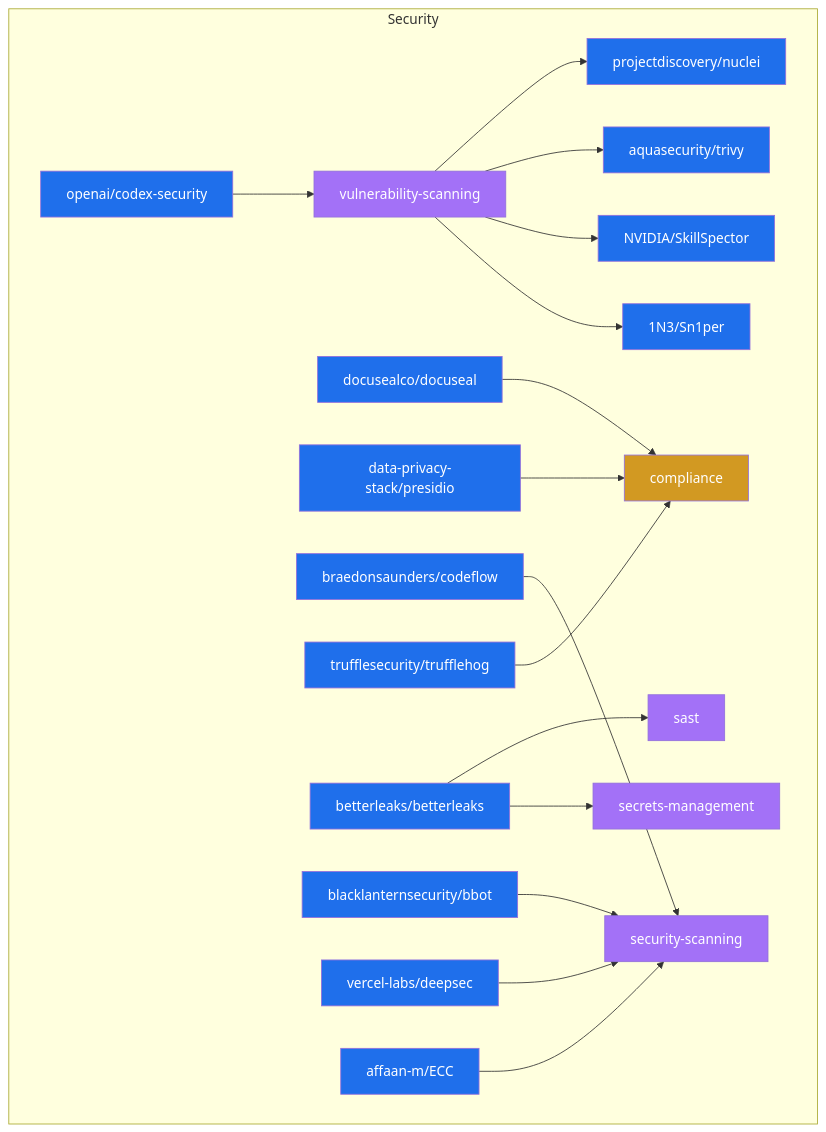
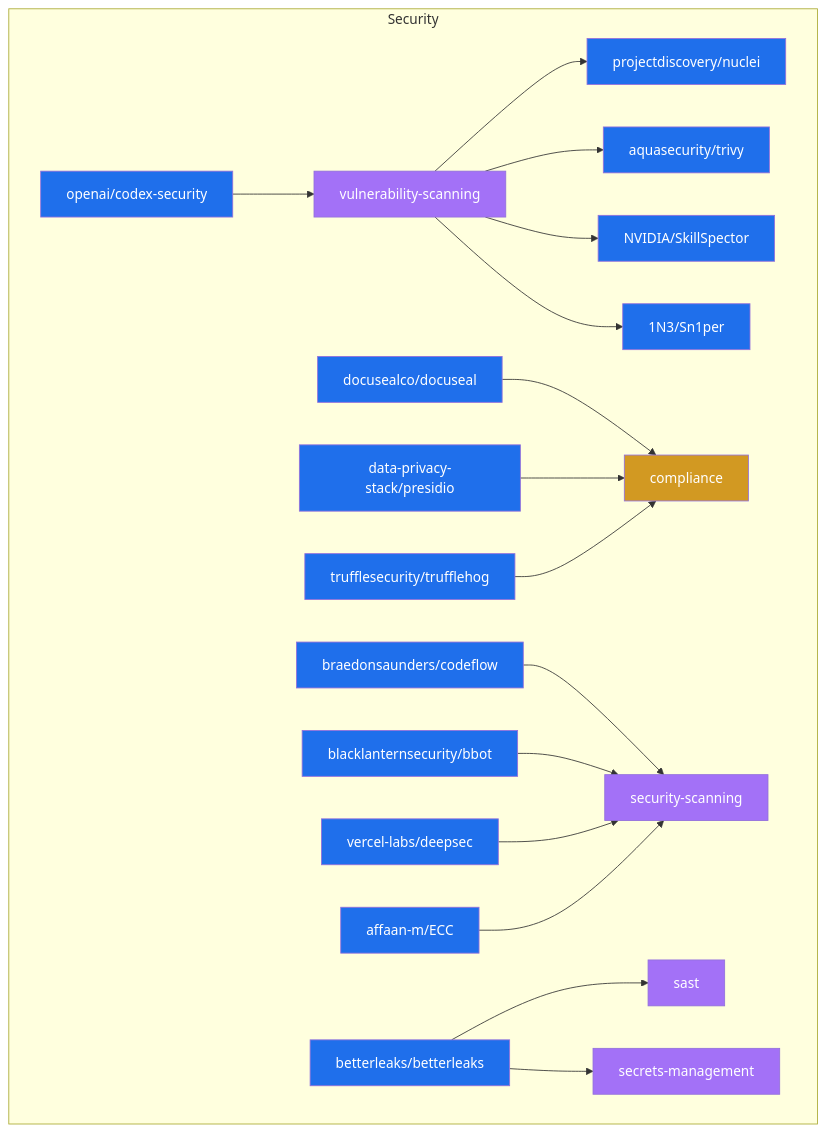
The diagram in data/star_graph_security.mermaid (Meru143/star-graph), drawn with Mermaid before and after one commit. The commit also changed other lines of this file and 15 other files, not shown here.

Commit message:
chore: weekly star graph update 2026-09-28

```diff
--- a/data/star_graph_security.mermaid
+++ b/data/star_graph_security.mermaid
@@ -1,40 +1,40 @@
 graph TD
   subgraph security ["Security"]
+    affaan_m_ECC["affaan-m/ECC"]:::repo
+    compliance["compliance"]:::use_case
+    vercel_labs_deepsec["vercel-labs/deepsec"]:::repo
+    data_privacy_stack_presidio["data-privacy-stack/presidio"]:::repo
+    security_scanning["security-scanning"]:::topic
+    docusealco_docuseal["docusealco/docuseal"]:::repo
+    vulnerability_scanning["vulnerability-scanning"]:::topic
+    projectdiscovery_nuclei["projectdiscovery/nuclei"]:::repo
+    NVIDIA_SkillSpector["NVIDIA/SkillSpector"]:::repo
+    blacklanternsecurity_bbot["blacklanternsecurity/bbot"]:::repo
+    aquasecurity_trivy["aquasecurity/trivy"]:::repo
     secrets_management["secrets-management"]:::topic
-    compliance["compliance"]:::use_case
+    1N3_Sn1per["1N3/Sn1per"]:::repo
+    betterleaks_betterleaks["betterleaks/betterleaks"]:::repo
+    trufflesecurity_trufflehog["trufflesecurity/trufflehog"]:::repo
+    braedonsaunders_codeflow["braedonsaunders/codeflow"]:::repo
     openai_codex_security["openai/codex-security"]:::repo
-    blacklanternsecurity_bbot["blacklanternsecurity/bbot"]:::repo
-    braedonsaunders_codeflow["braedonsaunders/codeflow"]:::repo
-    security_scanning["security-scanning"]:::topic
-    aquasecurity_trivy["aquasecurity/trivy"]:::repo
-    betterleaks_betterleaks["betterleaks/betterleaks"]:::repo
     sast["sast"]:::topic
-    NVIDIA_SkillSpector["NVIDIA/SkillSpector"]:::repo
-    vulnerability_scanning["vulnerability-scanning"]:::topic
-    1N3_Sn1per["1N3/Sn1per"]:::repo
-    affaan_m_ECC["affaan-m/ECC"]:::repo
-    data_privacy_stack_presidio["data-privacy-stack/presidio"]:::repo
-    docusealco_docuseal["docusealco/docuseal"]:::repo
-    vercel_labs_deepsec["vercel-labs/deepsec"]:::repo
-    trufflesecurity_trufflehog["trufflesecurity/trufflehog"]:::repo
-    projectdiscovery_nuclei["projectdiscovery/nuclei"]:::repo
   end
   openai_codex_security --> vulnerability_scanning
   vulnerability_scanning --> projectdiscovery_nuclei
   vulnerability_scanning --> aquasecurity_trivy
   vulnerability_scanning --> NVIDIA_SkillSpector
   vulnerability_scanning --> 1N3_Sn1per
   docusealco_docuseal --> compliance
   data_privacy_stack_presidio --> compliance
   braedonsaunders_codeflow --> security_scanning
   trufflesecurity_trufflehog --> compliance
   betterleaks_betterleaks --> sast
   betterleaks_betterleaks --> secrets_management
   blacklanternsecurity_bbot --> security_scanning
   vercel_labs_deepsec --> security_scanning
   affaan_m_ECC --> security_scanning
   classDef repo fill:#1f6feb,color:#fff;
   classDef topic fill:#a371f7,color:#fff;
   classDef technology fill:#3fb950,color:#fff;
   classDef use_case fill:#d29922,color:#fff;
   classDef architecture fill:#f85149,color:#fff;
```
